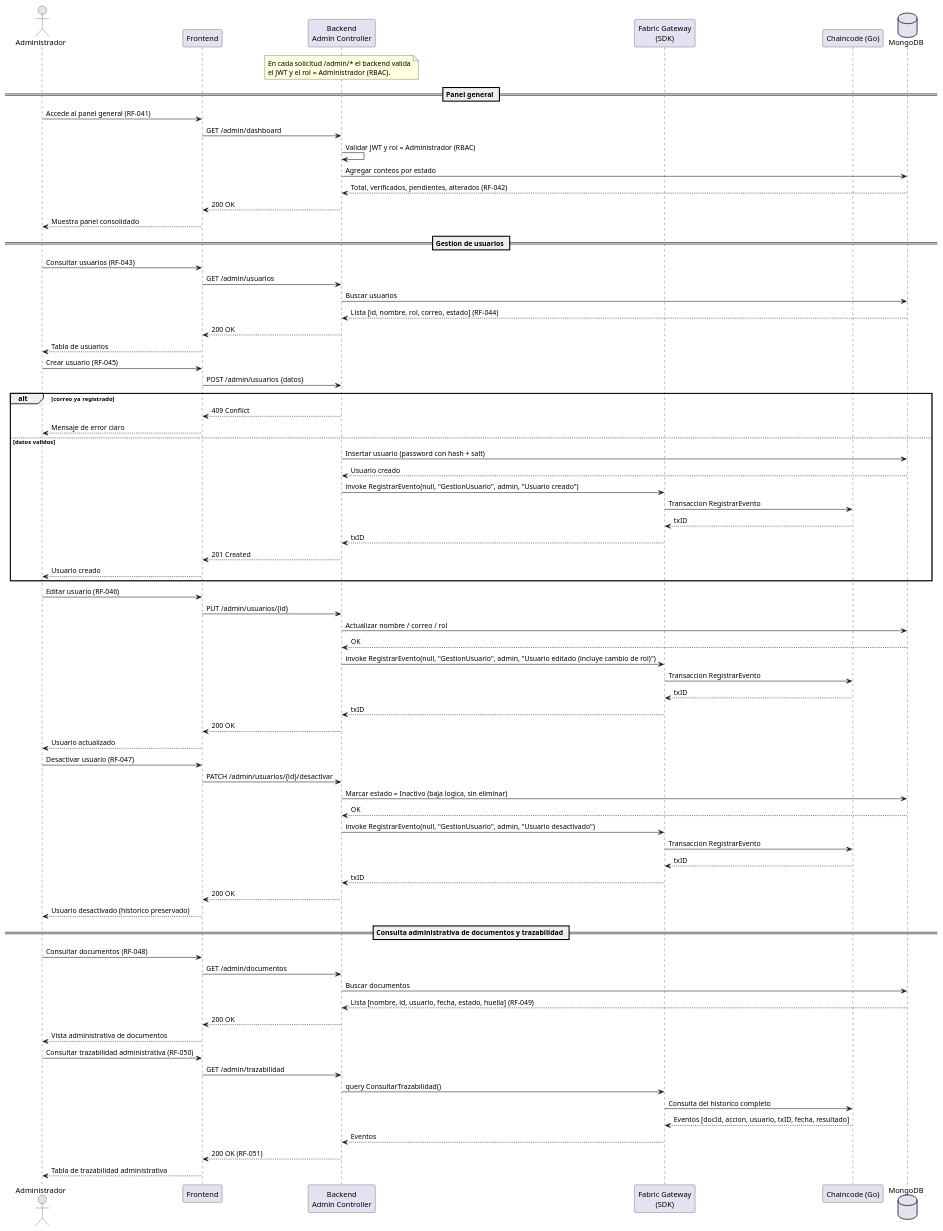
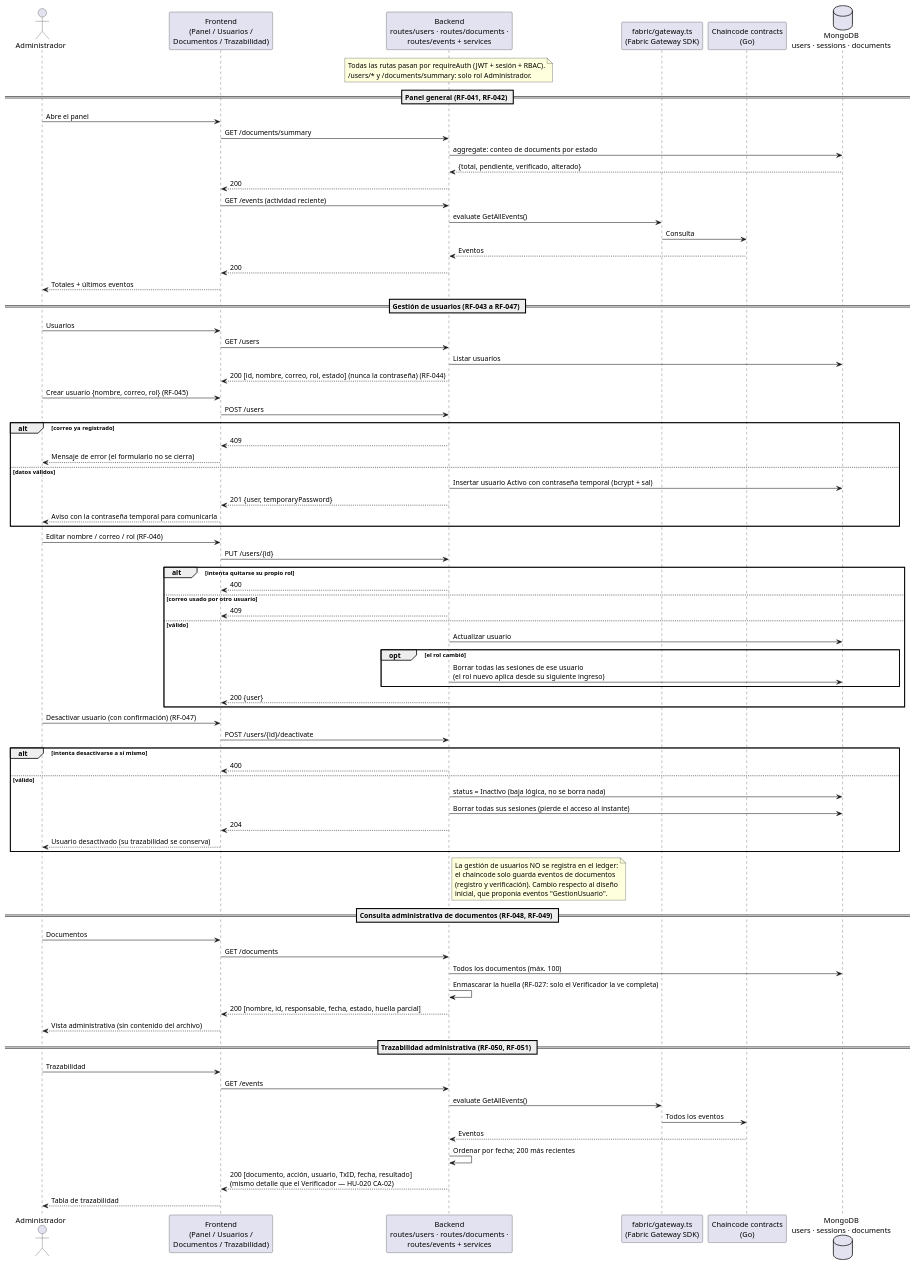
Before and after one commit to swummen/Blockchain_Contratos: the diagram in docs/uml/07-secuencia-rol-administrador.puml, drawn with PlantUML. The commit also changed 9 other files, not shown here.

Commit message:
uml corregido

```diff
--- a/docs/uml/07-secuencia-rol-administrador.puml
+++ b/docs/uml/07-secuencia-rol-administrador.puml
@@ -1,85 +1,93 @@
 @startuml 07-secuencia-rol-administrador
 actor Administrador
-participant "Frontend" as FE
-participant "Backend\nAdmin Controller" as BE
-participant "Fabric Gateway\n(SDK)" as SDK
-participant "Chaincode (Go)" as CC
-database "MongoDB" as DB
+participant "Frontend\n(Panel / Usuarios /\nDocumentos / Trazabilidad)" as FE
+participant "Backend\nroutes/users · routes/documents ·\nroutes/events + services" as BE
+participant "fabric/gateway.ts\n(Fabric Gateway SDK)" as GW
+participant "Chaincode contracts\n(Go)" as CC
+database "MongoDB\nusers · sessions · documents" as DB
 
 note over BE
-  En cada solicitud /admin/* el backend valida
-  el JWT y el rol = Administrador (RBAC).
+  Todas las rutas pasan por requireAuth (JWT + sesión + RBAC).
+  /users/* y /documents/summary: solo rol Administrador.
 end note
 
-== Panel general ==
-Administrador -> FE : Accede al panel general (RF-041)
-FE -> BE : GET /admin/dashboard
-BE -> BE : Validar JWT y rol = Administrador (RBAC)
-BE -> DB : Agregar conteos por estado
-DB --> BE : Total, verificados, pendientes, alterados (RF-042)
-BE --> FE : 200 OK
-FE --> Administrador : Muestra panel consolidado
+== Panel general (RF-041, RF-042) ==
+Administrador -> FE : Abre el panel
+FE -> BE : GET /documents/summary
+BE -> DB : aggregate: conteo de documents por estado
+DB --> BE : {total, pendiente, verificado, alterado}
+BE --> FE : 200
+FE -> BE : GET /events (actividad reciente)
+BE -> GW : evaluate GetAllEvents()
+GW -> CC : Consulta
+CC --> BE : Eventos
+BE --> FE : 200
+FE --> Administrador : Totales + últimos eventos
 
-== Gestion de usuarios ==
-Administrador -> FE : Consultar usuarios (RF-043)
-FE -> BE : GET /admin/usuarios
-BE -> DB : Buscar usuarios
-DB --> BE : Lista [id, nombre, rol, correo, estado] (RF-044)
-BE --> FE : 200 OK
-FE --> Administrador : Tabla de usuarios
+== Gestión de usuarios (RF-043 a RF-047) ==
+Administrador -> FE : Usuarios
+FE -> BE : GET /users
+BE -> DB : Listar usuarios
+BE --> FE : 200 [id, nombre, correo, rol, estado] (nunca la contraseña) (RF-044)
 
-Administrador -> FE : Crear usuario (RF-045)
-FE -> BE : POST /admin/usuarios {datos}
+Administrador -> FE : Crear usuario {nombre, correo, rol} (RF-045)
+FE -> BE : POST /users
 alt correo ya registrado
-    BE --> FE : 409 Conflict
-    FE --> Administrador : Mensaje de error claro
-else datos validos
-    BE -> DB : Insertar usuario (password con hash + salt)
-    DB --> BE : Usuario creado
-    BE -> SDK : invoke RegistrarEvento(null, "GestionUsuario", admin, "Usuario creado")
-    SDK -> CC : Transaccion RegistrarEvento
-    CC --> SDK : txID
-    SDK --> BE : txID
-    BE --> FE : 201 Created
-    FE --> Administrador : Usuario creado
+    BE --> FE : 409
+    FE --> Administrador : Mensaje de error (el formulario no se cierra)
+else datos válidos
+    BE -> DB : Insertar usuario Activo con contraseña temporal (bcrypt + sal)
+    BE --> FE : 201 {user, temporaryPassword}
+    FE --> Administrador : Aviso con la contraseña temporal para comunicarla
 end
 
-Administrador -> FE : Editar usuario (RF-046)
-FE -> BE : PUT /admin/usuarios/{id}
-BE -> DB : Actualizar nombre / correo / rol
-DB --> BE : OK
-BE -> SDK : invoke RegistrarEvento(null, "GestionUsuario", admin, "Usuario editado (incluye cambio de rol)")
-SDK -> CC : Transaccion RegistrarEvento
-CC --> SDK : txID
-SDK --> BE : txID
-BE --> FE : 200 OK
-FE --> Administrador : Usuario actualizado
+Administrador -> FE : Editar nombre / correo / rol (RF-046)
+FE -> BE : PUT /users/{id}
+alt intenta quitarse su propio rol
+    BE --> FE : 400
+else correo usado por otro usuario
+    BE --> FE : 409
+else válido
+    BE -> DB : Actualizar usuario
+    opt el rol cambió
+        BE -> DB : Borrar todas las sesiones de ese usuario\n(el rol nuevo aplica desde su siguiente ingreso)
+    end
+    BE --> FE : 200 {user}
+end
 
-Administrador -> FE : Desactivar usuario (RF-047)
-FE -> BE : PATCH /admin/usuarios/{id}/desactivar
-BE -> DB : Marcar estado = Inactivo (baja logica, sin eliminar)
-DB --> BE : OK
-BE -> SDK : invoke RegistrarEvento(null, "GestionUsuario", admin, "Usuario desactivado")
-SDK -> CC : Transaccion RegistrarEvento
-CC --> SDK : txID
-SDK --> BE : txID
-BE --> FE : 200 OK
-FE --> Administrador : Usuario desactivado (historico preservado)
+Administrador -> FE : Desactivar usuario (con confirmación) (RF-047)
+FE -> BE : POST /users/{id}/deactivate
+alt intenta desactivarse a sí mismo
+    BE --> FE : 400
+else válido
+    BE -> DB : status = Inactivo (baja lógica, no se borra nada)
+    BE -> DB : Borrar todas sus sesiones (pierde el acceso al instante)
+    BE --> FE : 204
+    FE --> Administrador : Usuario desactivado (su trazabilidad se conserva)
+end
 
-== Consulta administrativa de documentos y trazabilidad ==
-Administrador -> FE : Consultar documentos (RF-048)
-FE -> BE : GET /admin/documentos
-BE -> DB : Buscar documentos
-DB --> BE : Lista [nombre, id, usuario, fecha, estado, huella] (RF-049)
-BE --> FE : 200 OK
-FE --> Administrador : Vista administrativa de documentos
+note right of BE
+  La gestión de usuarios NO se registra en el ledger:
+  el chaincode solo guarda eventos de documentos
+  (registro y verificación). Cambio respecto al diseño
+  inicial, que proponía eventos "GestionUsuario".
+end note
 
-Administrador -> FE : Consultar trazabilidad administrativa (RF-050)
-FE -> BE : GET /admin/trazabilidad
-BE -> SDK : query ConsultarTrazabilidad()
-SDK -> CC : Consulta del historico completo
-CC --> SDK : Eventos [docId, accion, usuario, txID, fecha, resultado]
-SDK --> BE : Eventos
-BE --> FE : 200 OK (RF-051)
-FE --> Administrador : Tabla de trazabilidad administrativa
+== Consulta administrativa de documentos (RF-048, RF-049) ==
+Administrador -> FE : Documentos
+FE -> BE : GET /documents
+BE -> DB : Todos los documentos (máx. 100)
+BE -> BE : Enmascarar la huella (RF-027: solo el Verificador la ve completa)
+BE --> FE : 200 [nombre, id, responsable, fecha, estado, huella parcial]
+FE --> Administrador : Vista administrativa (sin contenido del archivo)
+
+== Trazabilidad administrativa (RF-050, RF-051) ==
+Administrador -> FE : Trazabilidad
+FE -> BE : GET /events
+BE -> GW : evaluate GetAllEvents()
+GW -> CC : Todos los eventos
+CC --> BE : Eventos
+BE -> BE : Ordenar por fecha; 200 más recientes
+BE --> FE : 200 [documento, acción, usuario, TxID, fecha, resultado]\n(mismo detalle que el Verificador — HU-020 CA-02)
+FE --> Administrador : Tabla de trazabilidad
 @enduml
```
